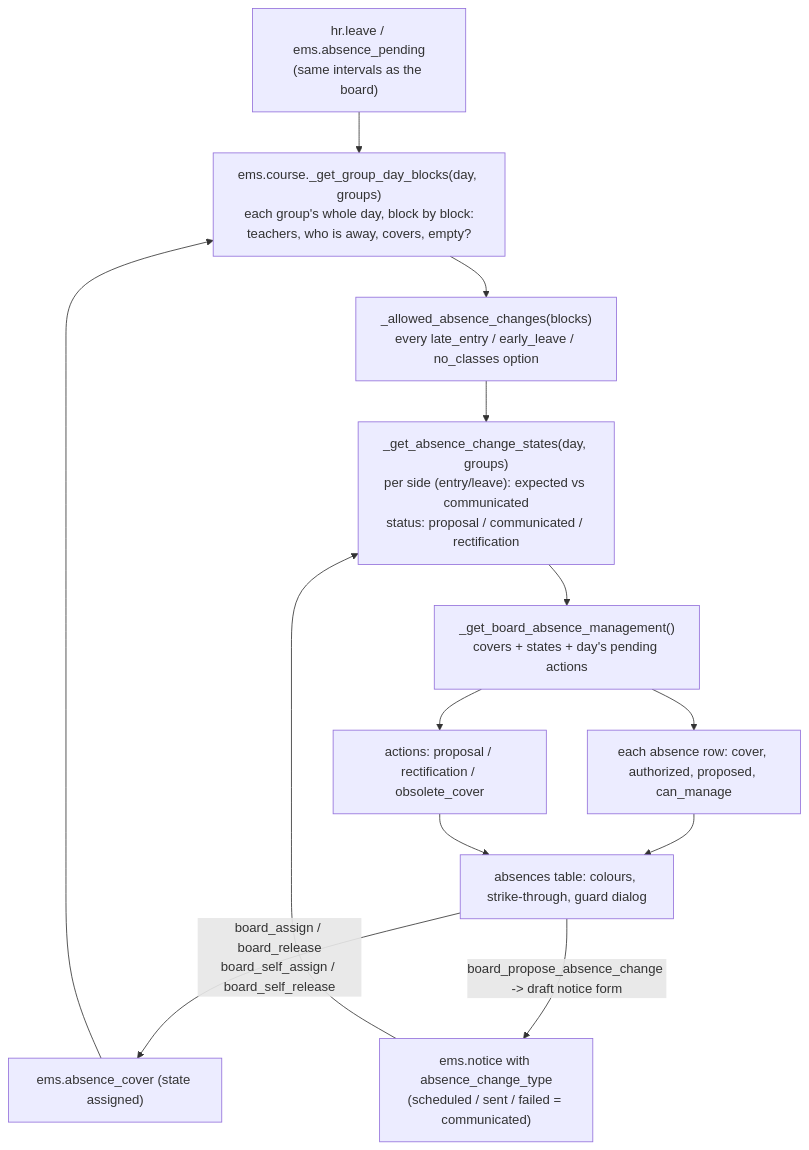
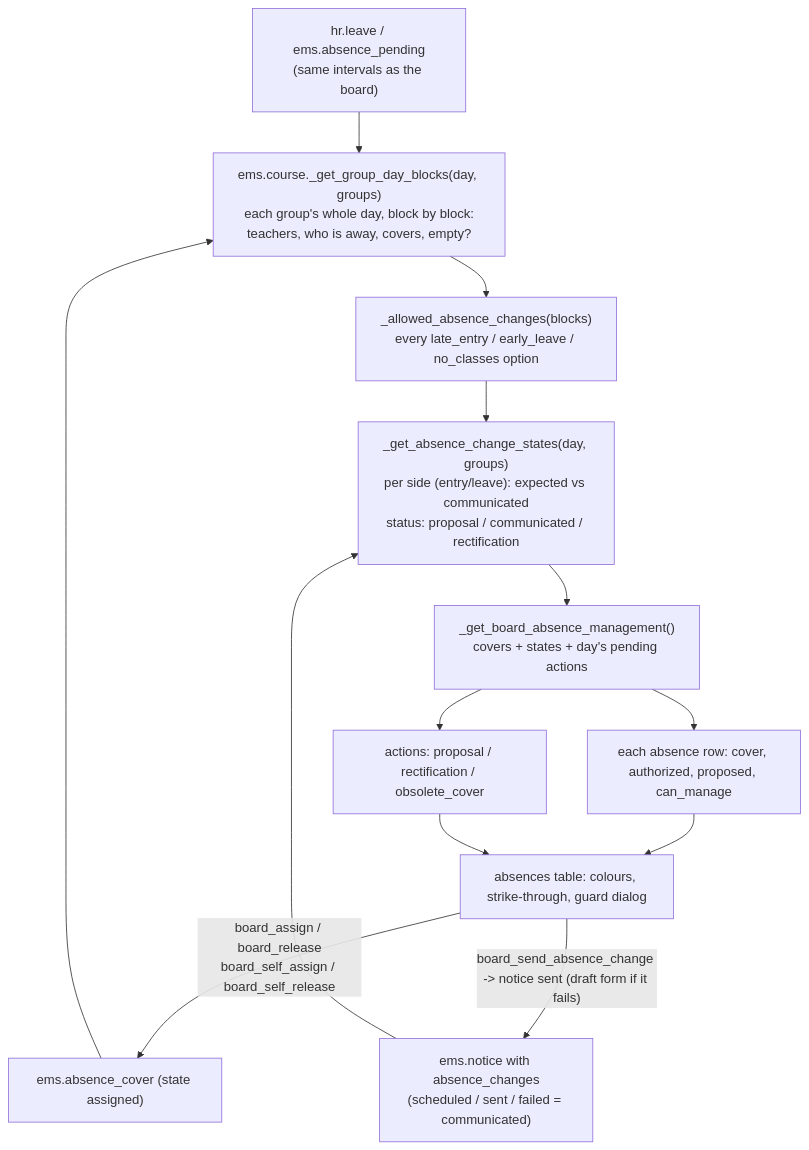
The fourth of 5 diagrams in docs/en/developers/attendance/guard_duty_board.md (ElPuig/EMS), drawn with Mermaid before and after one commit. The commit also changed other lines of this file and 44 other files, not shown here.

````diff
--- a/docs/en/developers/attendance/guard_duty_board.md
+++ b/docs/en/developers/attendance/guard_duty_board.md
@@ -650,15 +663,15 @@
 ```mermaid
 flowchart TD
     ABS["hr.leave / ems.absence_pending<br/>(same intervals as the board)"] --> BLK["ems.course._get_group_day_blocks(day, groups)<br/>each group's whole day, block by block:<br/>teachers, who is away, covers, empty?"]
     COV["ems.absence_cover (state assigned)"] --> BLK
     BLK --> EXP["_allowed_absence_changes(blocks)<br/>every late_entry / early_leave / no_classes option"]
-    NOT["ems.notice with absence_change_type<br/>(scheduled / sent / failed = communicated)"] --> ST
+    NOT["ems.notice with absence_changes<br/>(scheduled / sent / failed = communicated)"] --> ST
     EXP --> ST["_get_absence_change_states(day, groups)<br/>per side (entry/leave): expected vs communicated<br/>status: proposal / communicated / rectification"]
     ST --> MGT["_get_board_absence_management()<br/>covers + states + day's pending actions"]
     MGT --> ROWS["each absence row: cover, authorized, proposed, can_manage"]
     MGT --> ACT["actions: proposal / rectification / obsolete_cover"]
     ROWS --> UI["absences table: colours, strike-through, guard dialog"]
     ACT --> UI
     UI -->|"board_assign / board_release<br/>board_self_assign / board_self_release"| COV
-    UI -->|"board_propose_absence_change -> draft notice form"| NOT
+    UI -->|"board_send_absence_change -> notice sent (draft form if it fails)"| NOT
 ```
````
